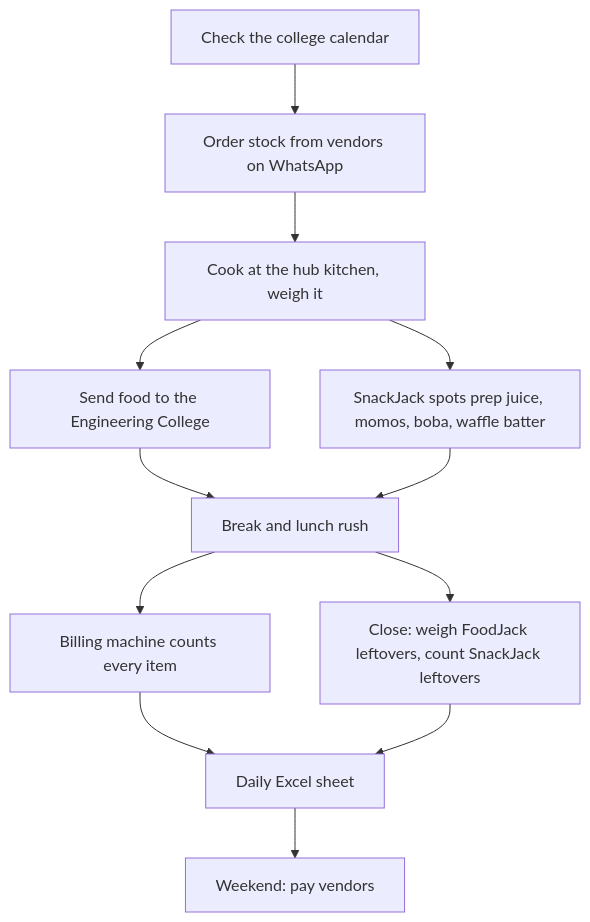
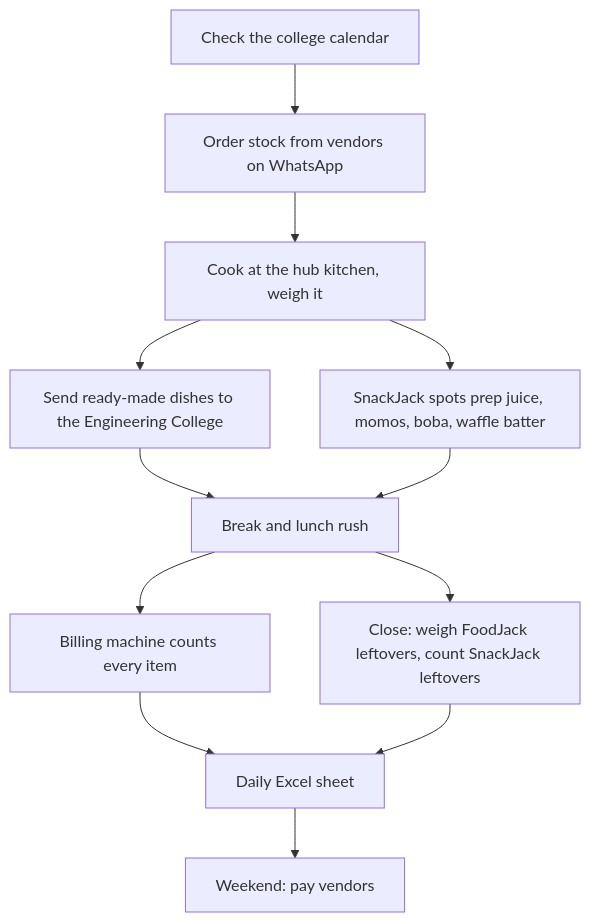
One commit to Srikoushikkamal/snackjack-case-study changed the first of 2 diagrams in docs/how_we_ran_it.md. Above: the diagram before and after it, drawn with Mermaid. The commit also changed other lines of this file and 24 other files, not shown here.

First line of the commit message:
Engineering College: no wok stove, ready-made dishes only

````diff
--- a/docs/how_we_ran_it.md
+++ b/docs/how_we_ran_it.md
@@ -19,14 +19,14 @@
 ```mermaid
 flowchart TD
     A[Check the college calendar] --> B[Order stock from vendors on WhatsApp]
     B --> C[Cook at the hub kitchen, weigh it]
-    C --> D[Send food to the Engineering College]
+    C --> D[Send ready-made dishes to the Engineering College]
     C --> E[SnackJack spots prep juice, momos, boba, waffle batter]
     D --> F[Break and lunch rush]
     E --> F
     F --> G[Billing machine counts every item]
     F --> H[Close: weigh FoodJack leftovers, count SnackJack leftovers]
     G --> I[Daily Excel sheet]
     H --> I
     I --> J[Weekend: pay vendors]
 ```
````
